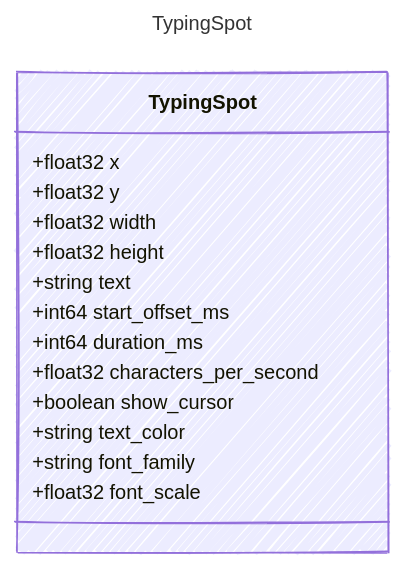
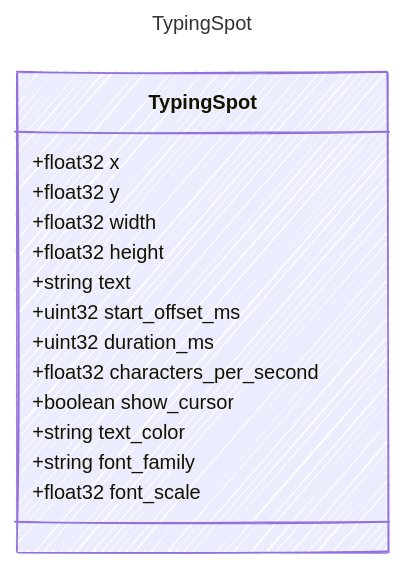
The diagram in contracts/generated/markdown/TypingSpot.md (sethjuarez/cutready), drawn with Mermaid before and after one commit. The commit also changed other lines of this file and 41 other files, not shown here.

````diff
--- a/contracts/generated/markdown/TypingSpot.md
+++ b/contracts/generated/markdown/TypingSpot.md
@@ -12,25 +12,25 @@
 ```mermaid
 ---
 title: TypingSpot
 config:
   look: handDrawn
   theme: colorful
   class:
     hideEmptyMembersBox: true
 ---
 classDiagram
     class TypingSpot {
         +float32 x
         +float32 y
         +float32 width
         +float32 height
         +string text
-        +int64 start_offset_ms
-        +int64 duration_ms
+        +uint32 start_offset_ms
+        +uint32 duration_ms
         +float32 characters_per_second
         +boolean show_cursor
         +string text_color
         +string font_family
         +float32 font_scale
     }
 ```
````
